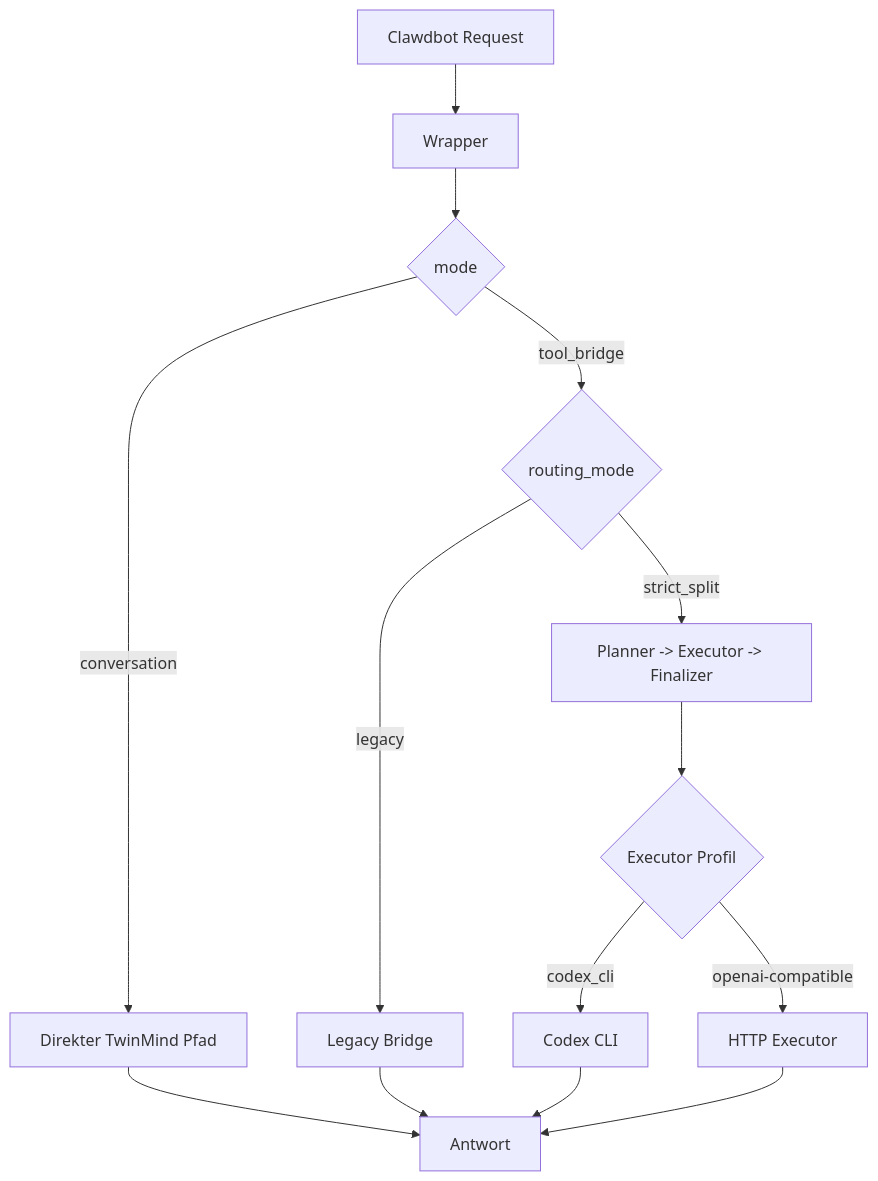
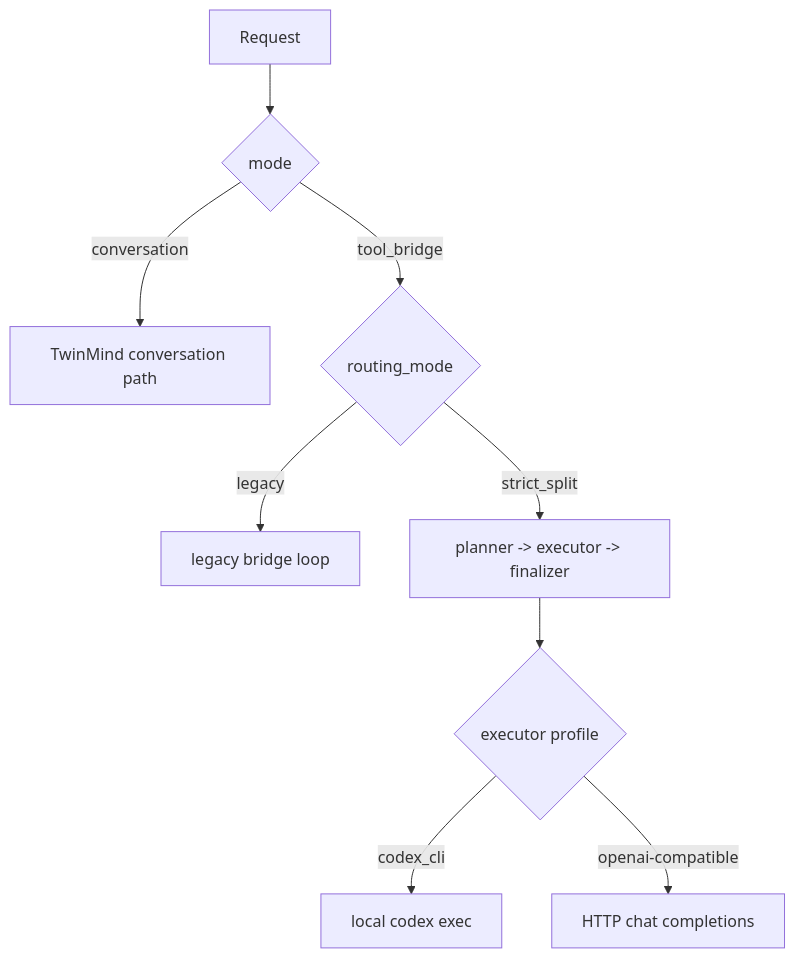
The diagram in docs/00-start-here.md (Gaiser147/clawdbot-twinmind-split-kit), drawn with Mermaid before and after one commit. The commit also changed other lines of this file and 8 other files, not shown here.

````diff
--- a/docs/00-start-here.md
+++ b/docs/00-start-here.md
@@ -85,16 +54,11 @@
 ```mermaid
 flowchart TD
-    A[Clawdbot Request] --> B[Wrapper]
-    B --> C{mode}
-    C -->|conversation| D[Direkter TwinMind Pfad]
-    C -->|tool_bridge| E{routing_mode}
-    E -->|legacy| F[Legacy Bridge]
-    E -->|strict_split| G[Planner -> Executor -> Finalizer]
-    G --> H{Executor Profil}
-    H -->|codex_cli| I[Codex CLI]
-    H -->|openai-compatible| J[HTTP Executor]
-    D --> K[Antwort]
-    F --> K
-    I --> K
-    J --> K
+    A[Request] --> B{mode}
+    B -->|conversation| C[TwinMind conversation path]
+    B -->|tool_bridge| D{routing_mode}
+    D -->|legacy| E[legacy bridge loop]
+    D -->|strict_split| F[planner -> executor -> finalizer]
+    F --> G{executor profile}
+    G -->|codex_cli| H[local codex exec]
+    G -->|openai-compatible| I[HTTP chat completions]
 ```
````
